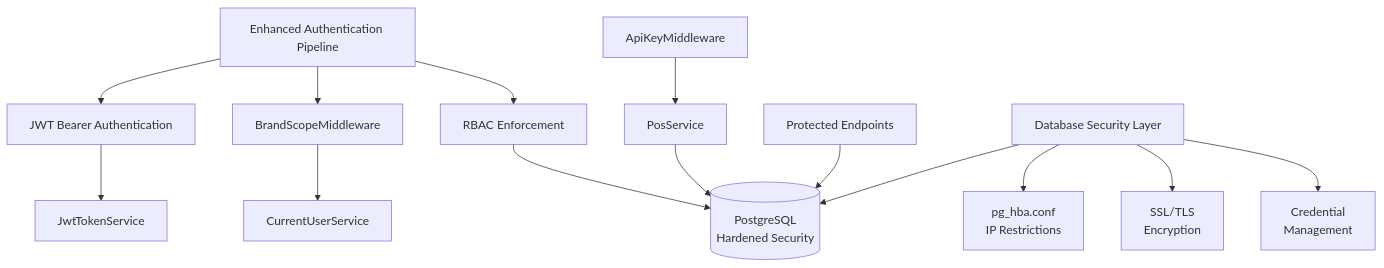
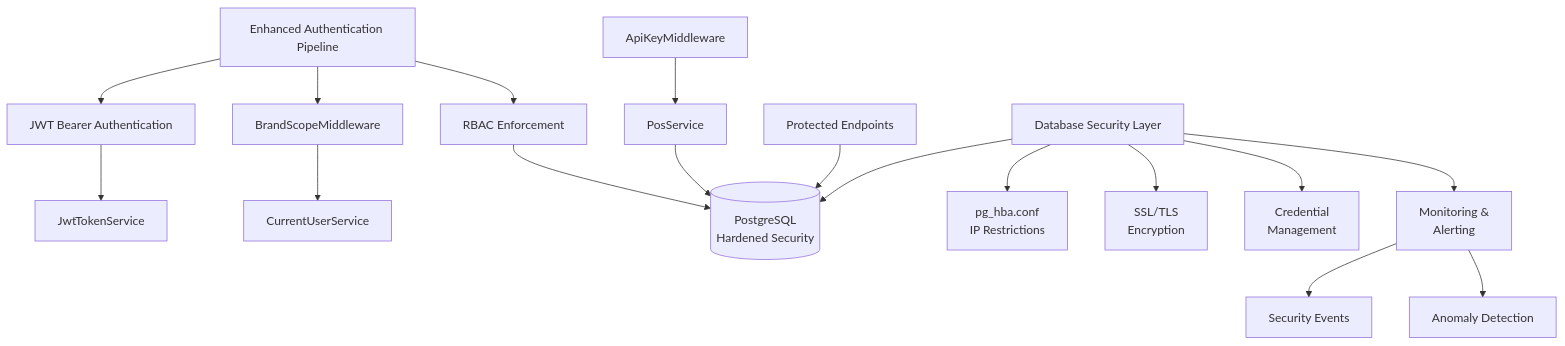
The ninth of 9 diagrams in .qoder/repowiki/en/content/System Architecture/Security Architecture.md (lamhongbac/NonCash), drawn with Mermaid before and after one commit. The commit also changed other lines of this file and 53 other files, not shown here.

````diff
--- a/.qoder/repowiki/en/content/System Architecture/Security Architecture.md
+++ b/.qoder/repowiki/en/content/System Architecture/Security Architecture.md
@@ -533,16 +571,19 @@
 ```mermaid
 graph TB
 AuthPipe["Enhanced Authentication Pipeline"] --> JWTAuth["JWT Bearer Authentication"]
 AuthPipe --> BrandMW["BrandScopeMiddleware"]
 JWTAuth --> JwtSvc["JwtTokenService"]
 BrandMW --> CurrentUser["CurrentUserService"]
 AuthPipe --> RBAC["RBAC Enforcement"]
 ApiKeyMW["ApiKeyMiddleware"] --> PosSvc["PosService"]
 PosSvc --> DB[("PostgreSQL<br/>Hardened Security")]
 RBAC --> DB
 AllEndpoints["Protected Endpoints"] --> DB
 DBSec["Database Security Layer"] --> DB
 DBSec --> PGConf["pg_hba.conf<br/>IP Restrictions"]
 DBSec --> SSLConn["SSL/TLS<br/>Encryption"]
 DBSec --> CredMgr["Credential<br/>Management"]
+DBSec --> Monitor["Monitoring &<br/>Alerting"]
+Monitor --> SecEvents["Security Events"]
+Monitor --> Anomalies["Anomaly Detection"]
 ```
````
